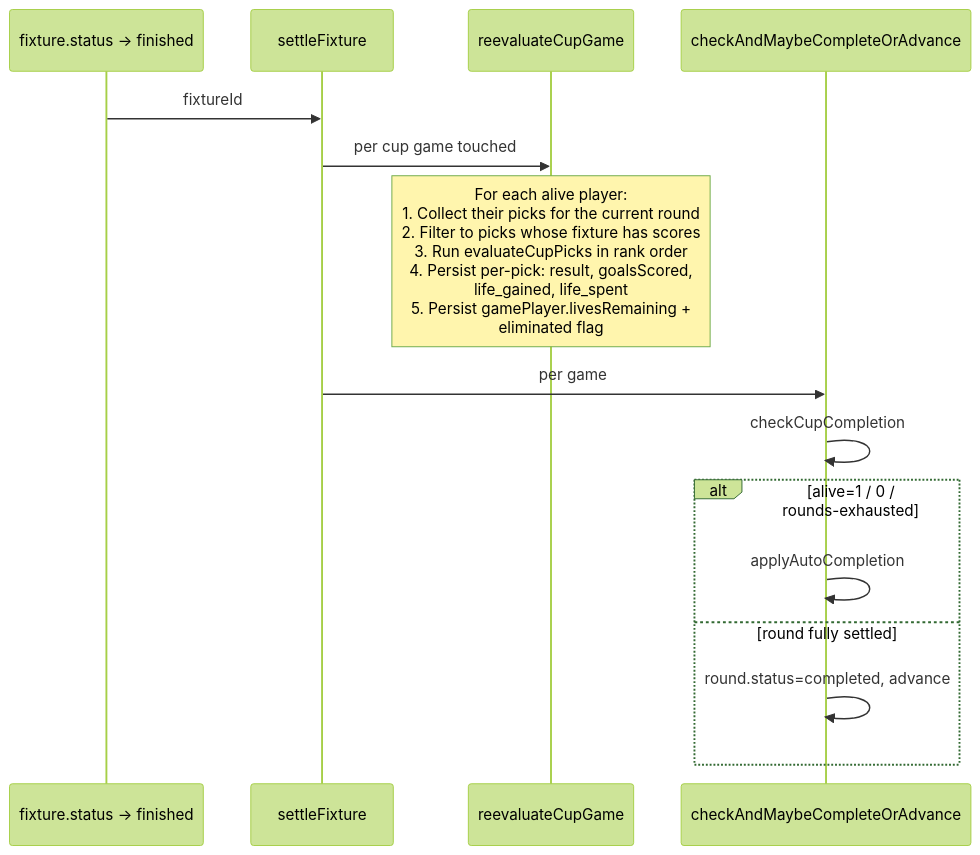
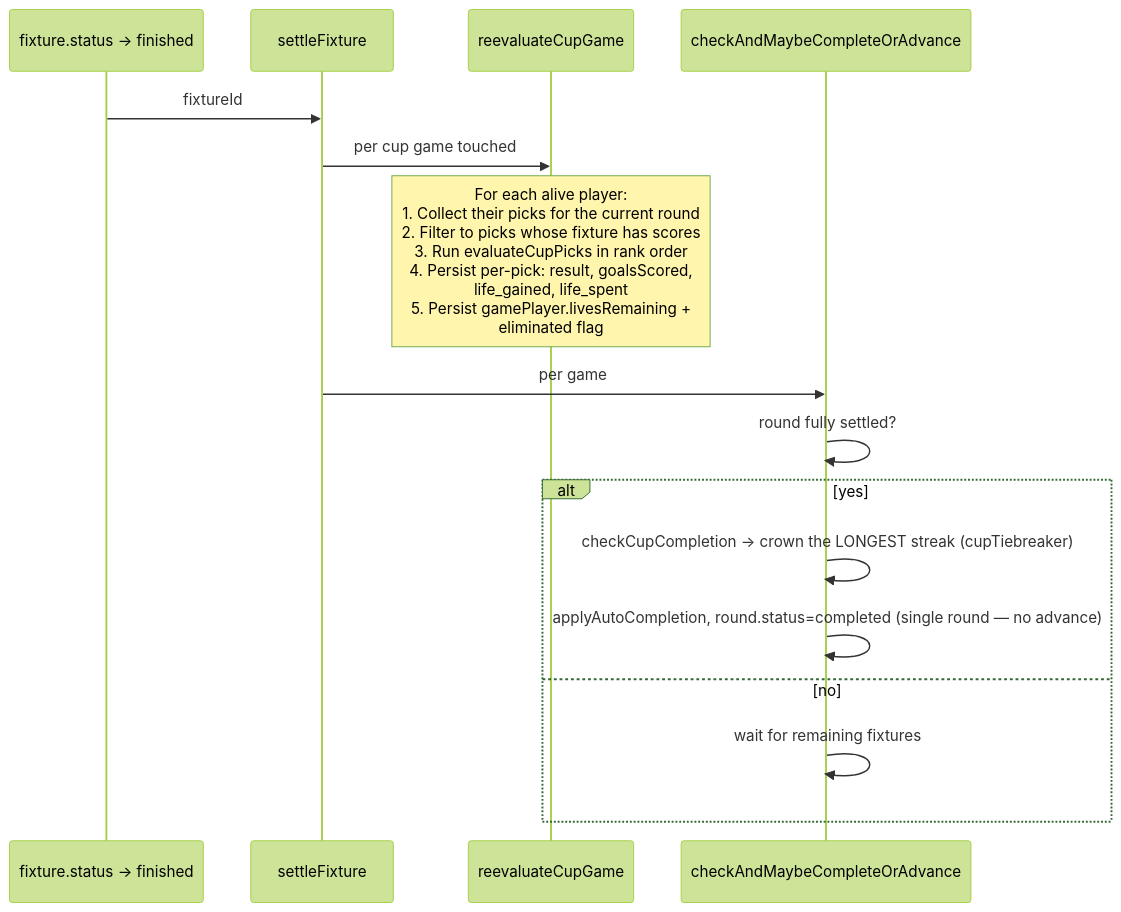
The first of 3 diagrams in docs/game-modes/cup.md (lennons301/last-person-standing), drawn with Mermaid (forest theme) before and after one commit. The commit also changed other lines of this file and 2 other files, not shown here.

First line of the commit message:
docs(game-modes): correct cup to single-round; scope advancement to classic

````diff
--- a/docs/game-modes/cup.md
+++ b/docs/game-modes/cup.md
@@ -32,18 +32,19 @@
 ```mermaid
 sequenceDiagram
     participant Trigger as fixture.status → finished
     participant Settle as settleFixture
     participant ReEval as reevaluateCupGame
     participant Complete as checkAndMaybeCompleteOrAdvance
 
     Trigger->>Settle: fixtureId
     Settle->>ReEval: per cup game touched
     Note over ReEval: For each alive player:<br/>1. Collect their picks for the current round<br/>2. Filter to picks whose fixture has scores<br/>3. Run evaluateCupPicks in rank order<br/>4. Persist per-pick: result, goalsScored,<br/>   life_gained, life_spent<br/>5. Persist gamePlayer.livesRemaining +<br/>   eliminated flag
     Settle->>Complete: per game
-    Complete->>Complete: checkCupCompletion
-    alt alive=1 / 0 / rounds-exhausted
-        Complete->>Complete: applyAutoCompletion
-    else round fully settled
-        Complete->>Complete: round.status=completed, advance
+    Complete->>Complete: round fully settled?
+    alt yes
+        Complete->>Complete: checkCupCompletion → crown the LONGEST streak (cupTiebreaker)
+        Complete->>Complete: applyAutoCompletion, round.status=completed (single round — no advance)
+    else no
+        Complete->>Complete: wait for remaining fixtures
     end
 ```
````
